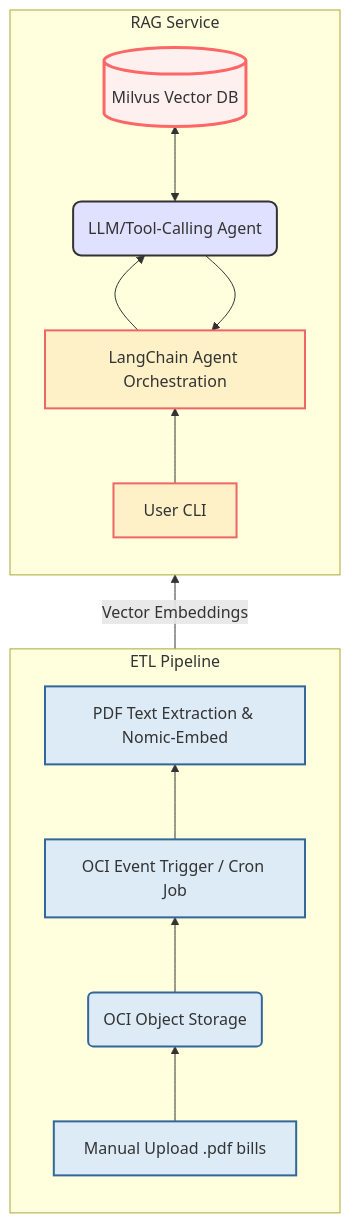
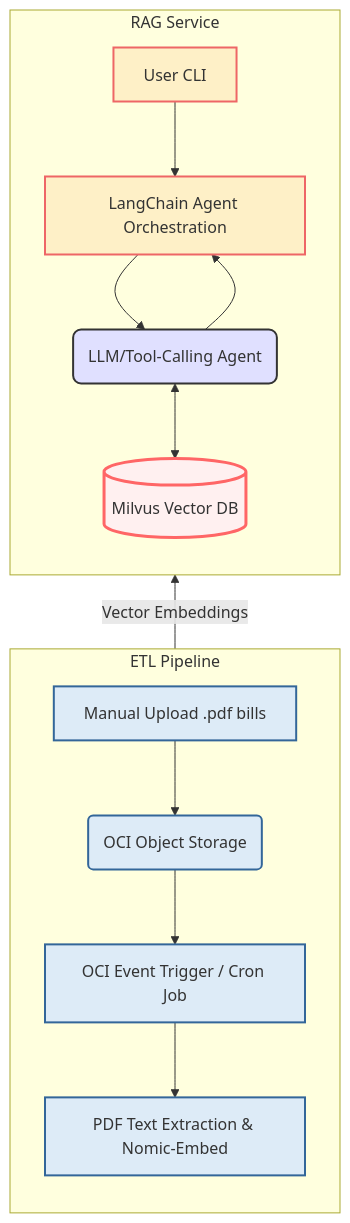
One commit to Alvan-Dmello/Intelligent-Utility-Bill-RAG changed the diagram in README.md. Above: the diagram before and after it, drawn with Mermaid.

````diff
--- a/README.md
+++ b/README.md
@@ -29,79 +29,79 @@
 ```mermaid
 
 graph BT
 
 classDef etl fill:#DDEBF7,stroke:#369,stroke-width:2px;
 
 classDef rag fill:#FEF0C7,stroke:#E66,stroke-width:2px;
 
 classDef db fill:#FCE9E9,stroke:#F00,stroke-width:3px;
 
 classDef interface fill:#E6FFED,stroke:#0A0;
 
 
 
 subgraph ETL Pipeline
 
-direction BT
+direction TB
 
 A[Manual Upload .pdf bills]:::interface
 
 B(OCI Object Storage)
 
 C[OCI Event Trigger / Cron Job]
 
 D[PDF Text Extraction & Nomic-Embed]
 
 
 
 A --> B --> C --> D;
 
 class A,B,C,D etl
 
 end
 
 
 
 subgraph RAG Service
 
-direction BT
+direction TB
 
 F[User CLI]:::interface
 
 I[LangChain Agent Orchestration]
 
 H(LLM/Tool-Calling Agent)
 
 E[(Milvus Vector DB)]:::db
 
 
 
 F --> I;
 
 I --> H;
 
 H <--> E;
 
 H --> I;
 
 
 
 class F,I,H rag
 
 end
 
 
 
 %% Link the two subgraphs
 
 D -- Vector Embeddings --> E;
 
 
 
 %% Explicitly style the DB and Agent for emphasis (optional, can be removed if classes are enough)
 
 style H fill:#E0E0FF,stroke:#333,stroke-width:2px,rx:8px,ry:8px
 
 style E fill:#FFF0F0,stroke:#F66,stroke-width:3px
 
 ```
````
